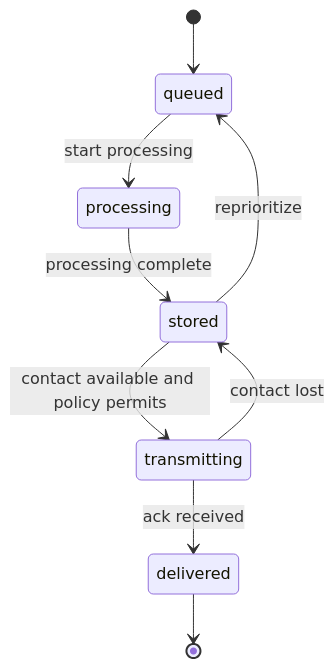
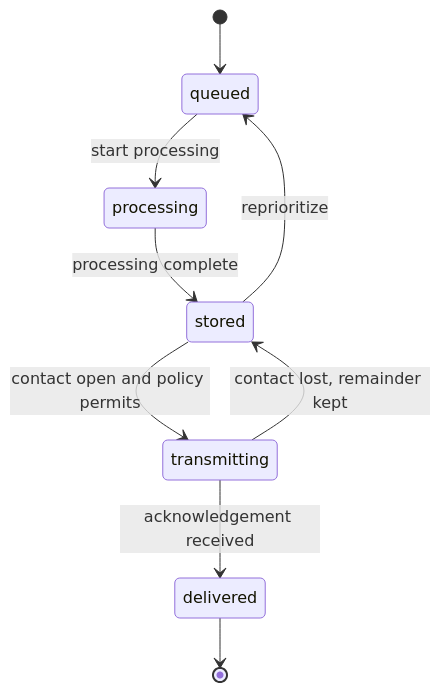
One commit to noahstephenson/leo-edge-architecture changed the second of 2 diagrams in docs/ARCHITECTURE.md. Above: the diagram before and after it, drawn with Mermaid. The commit also changed other lines of this file and 8 other files, not shown here.

First line of the commit message:
Add Mermaid diagrams to the architecture docs and rebuild the weak ones

````diff
--- a/docs/ARCHITECTURE.md
+++ b/docs/ARCHITECTURE.md
@@ -115,11 +51,11 @@
 ```mermaid
 stateDiagram-v2
     [*] --> queued
-    queued --> processing : start processing
-    processing --> stored : processing complete
-    stored --> transmitting : contact available and policy permits
-    transmitting --> delivered : ack received
-    transmitting --> stored : contact lost
-    stored --> queued : reprioritize
+    queued --> processing: start processing
+    processing --> stored: processing complete
+    stored --> transmitting: contact open and policy permits
+    transmitting --> delivered: acknowledgement received
+    transmitting --> stored: contact lost, remainder kept
+    stored --> queued: reprioritize
     delivered --> [*]
 ```
````
